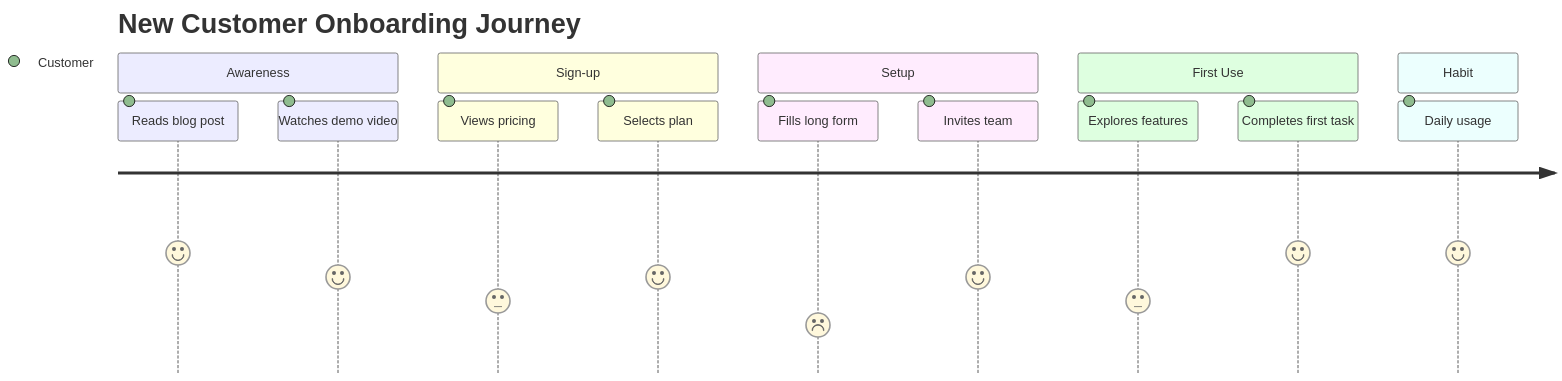
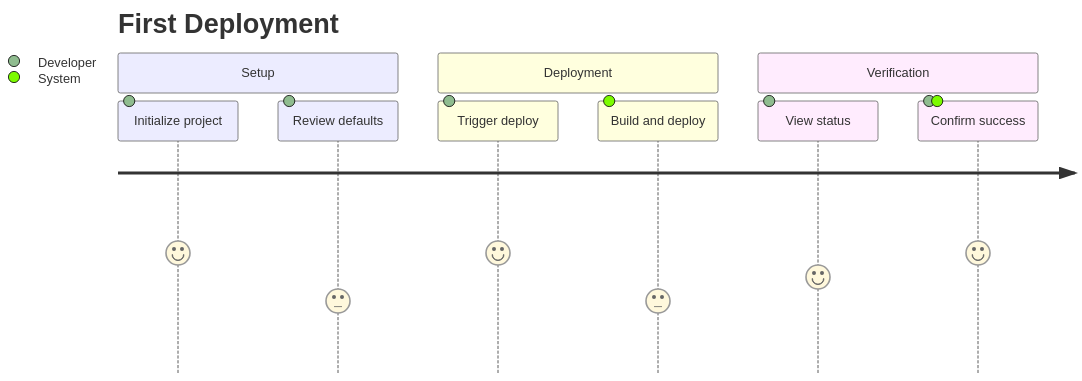
The diagram in other/journey-mapping/SKILL.md (majiayu000/claude-skill-registry-data), drawn with Mermaid before and after one commit. The commit also changed other lines of this file and 250396 other files, not shown here.

````diff
--- a/other/journey-mapping/SKILL.md
+++ b/other/journey-mapping/SKILL.md
@@ -357,18 +313,13 @@
 ```mermaid
 journey
-    title New Customer Onboarding Journey
-    section Awareness
-        Reads blog post: 5: Customer
-        Watches demo video: 4: Customer
-    section Sign-up
-        Views pricing: 3: Customer
-        Selects plan: 4: Customer
+    title First Deployment
     section Setup
-        Fills long form: 2: Customer
-        Invites team: 4: Customer
-    section First Use
-        Explores features: 3: Customer
-        Completes first task: 5: Customer
-    section Habit
-        Daily usage: 5: Customer
+      Initialize project: 5: Developer
+      Review defaults: 3: Developer
+    section Deployment
+      Trigger deploy: 5: Developer
+      Build and deploy: 3: System
+    section Verification
+      View status: 4: Developer
+      Confirm success: 5: Developer, System
 ```
````
